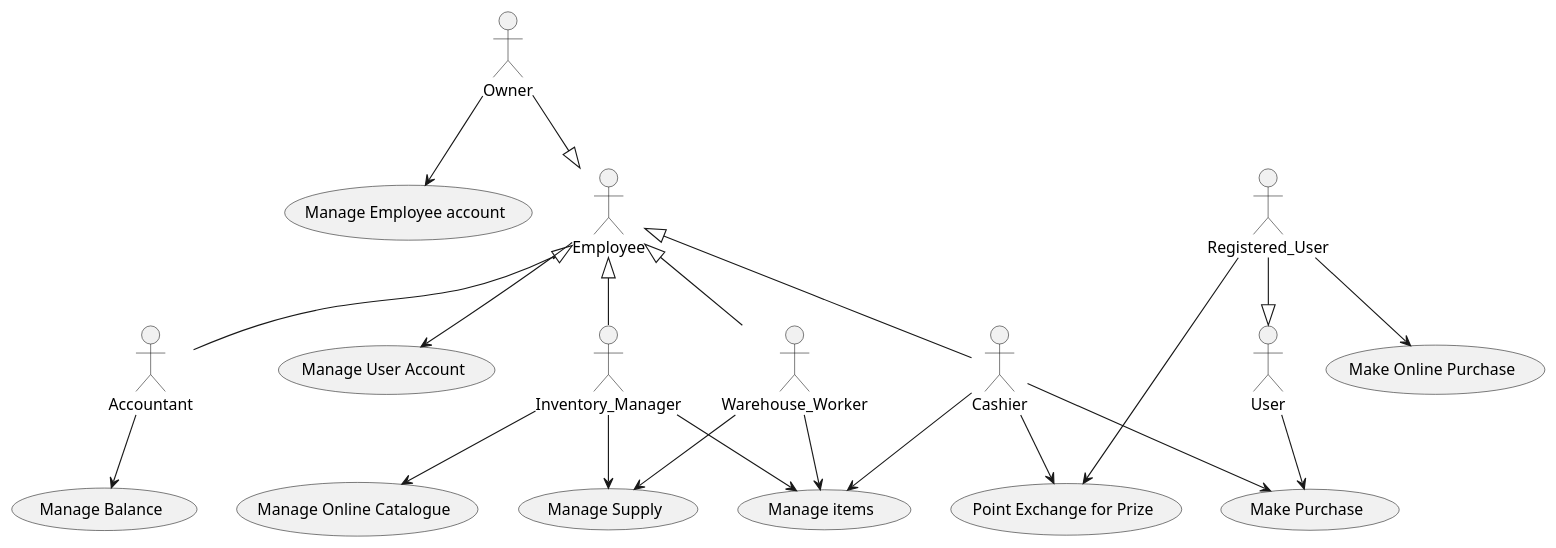
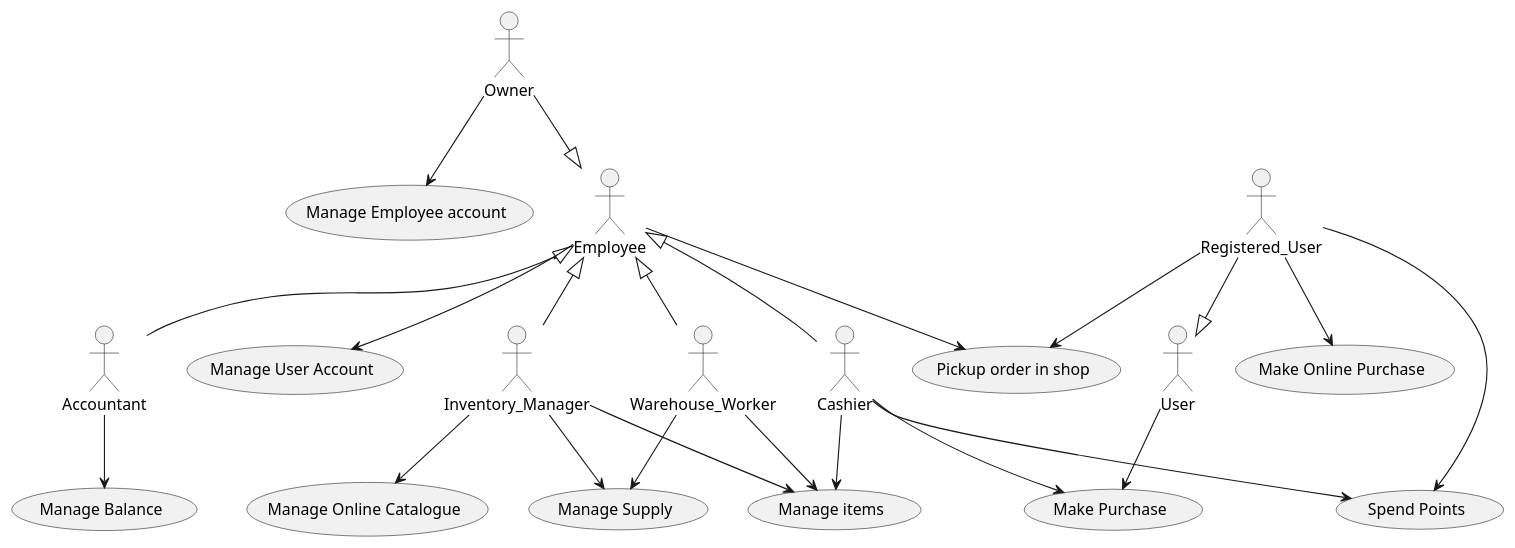
The second of 8 diagrams in Deliverables/RequirementsDocument.md (paolotron/EzshoProject31), drawn with PlantUML before and after one commit. The commit also changed other lines of this file, not shown here.

Commit message:
Corrected Use cases diagrams

````diff
--- a/Deliverables/RequirementsDocument.md
+++ b/Deliverables/RequirementsDocument.md
@@ -197,30 +197,32 @@
 ```plantuml
 @startuml
 actor Owner
 actor Employee
 actor User
 actor Accountant
 actor Inventory_Manager
 actor Warehouse_Worker
 Employee <|-- Inventory_Manager
 Employee <|-- Warehouse_Worker
 Employee <|-- Cashier
 Employee <|-- Accountant
 Owner --|> Employee
 Employee --> (Manage User Account)
 Owner --> (Manage Employee account)
 Registered_User --|> User
 Accountant --> (Manage Balance)
 Registered_User --> (Make Online Purchase)
 User --> (Make Purchase)
 Cashier --> (Make Purchase)
 Inventory_Manager --> (Manage Supply)
 Inventory_Manager --> (Manage items)
 Warehouse_Worker --> (Manage items)
 Cashier --> (Manage items)
 Inventory_Manager --> (Manage Online Catalogue)
 Warehouse_Worker --> (Manage Supply)
-Registered_User --> (Point Exchange for Prize)
-Cashier --> (Point Exchange for Prize)
+Registered_User --> (Spend Points)
+Cashier --> (Spend Points)
+Registered_User --> (Pickup order in shop)
+Employee --> (Pickup order in shop)
 @enduml
 ```
````
